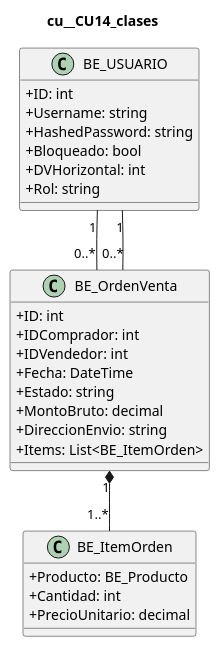
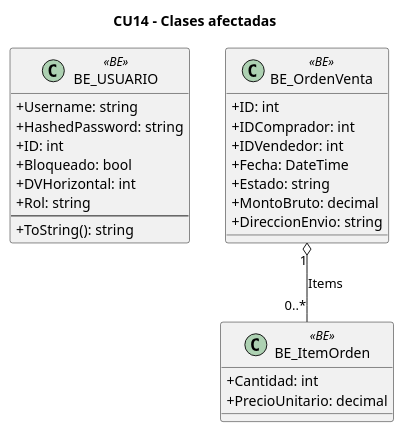
One commit to L-Muniz/uai-diploma_2026 changed the diagram in docs/diagramas/uml/cu__CU14_clases.puml. Above: the diagram before and after it, drawn with PlantUML. The commit also changed 58 other files, not shown here.

Commit message:
Docs: diagramas de clases con la notación de la tercera entrega (paquetes, estereotipos, firmas, asociaciones)

```diff
--- a/docs/diagramas/uml/cu__CU14_clases.puml
+++ b/docs/diagramas/uml/cu__CU14_clases.puml
@@ -1,30 +1,28 @@
 @startuml
 skinparam classAttributeIconSize 0
-title cu__CU14_clases
-class "BE_USUARIO" as USUARIO {
-  +ID: int
+title CU14 - Clases afectadas
+class "BE_USUARIO" as BE_USUARIO <<BE>> {
   +Username: string
   +HashedPassword: string
+  +ID: int
   +Bloqueado: bool
   +DVHorizontal: int
   +Rol: string
+  --
+  +ToString(): string
 }
-class "BE_OrdenVenta" as ORDEN {
+class "BE_OrdenVenta" as BE_OrdenVenta <<BE>> {
   +ID: int
   +IDComprador: int
   +IDVendedor: int
   +Fecha: DateTime
   +Estado: string
   +MontoBruto: decimal
   +DireccionEnvio: string
-  +Items: List<BE_ItemOrden>
 }
-class "BE_ItemOrden" as ITEM {
-  +Producto: BE_Producto
+class "BE_ItemOrden" as BE_ItemOrden <<BE>> {
   +Cantidad: int
   +PrecioUnitario: decimal
 }
-USUARIO "1" -- "0..*" ORDEN
-USUARIO "1" -- "0..*" ORDEN
-ORDEN "1" *-- "1..*" ITEM
+BE_OrdenVenta "1" o-- "0..*" BE_ItemOrden : Items
 @enduml
```
